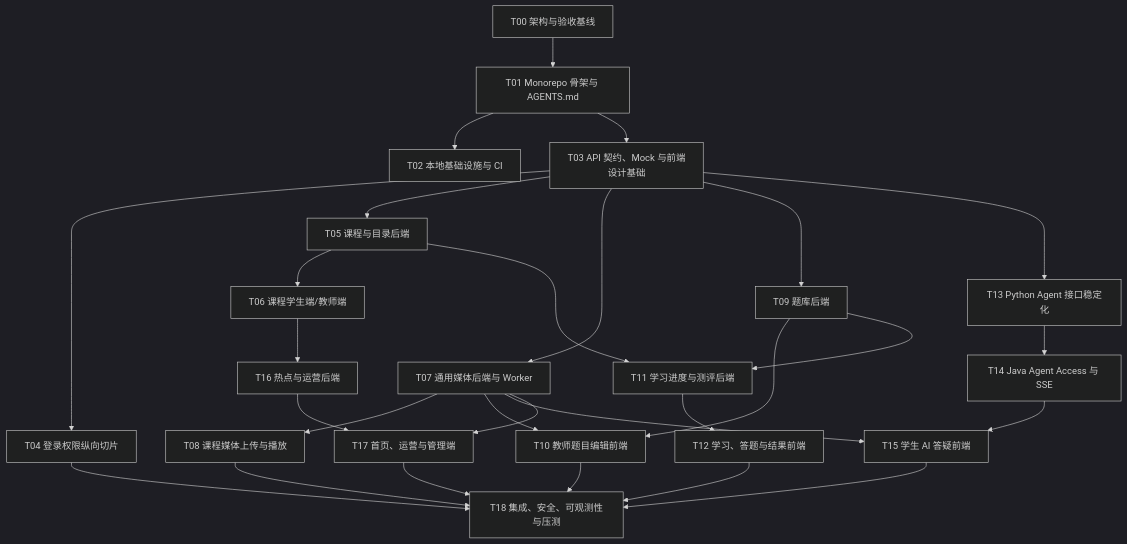
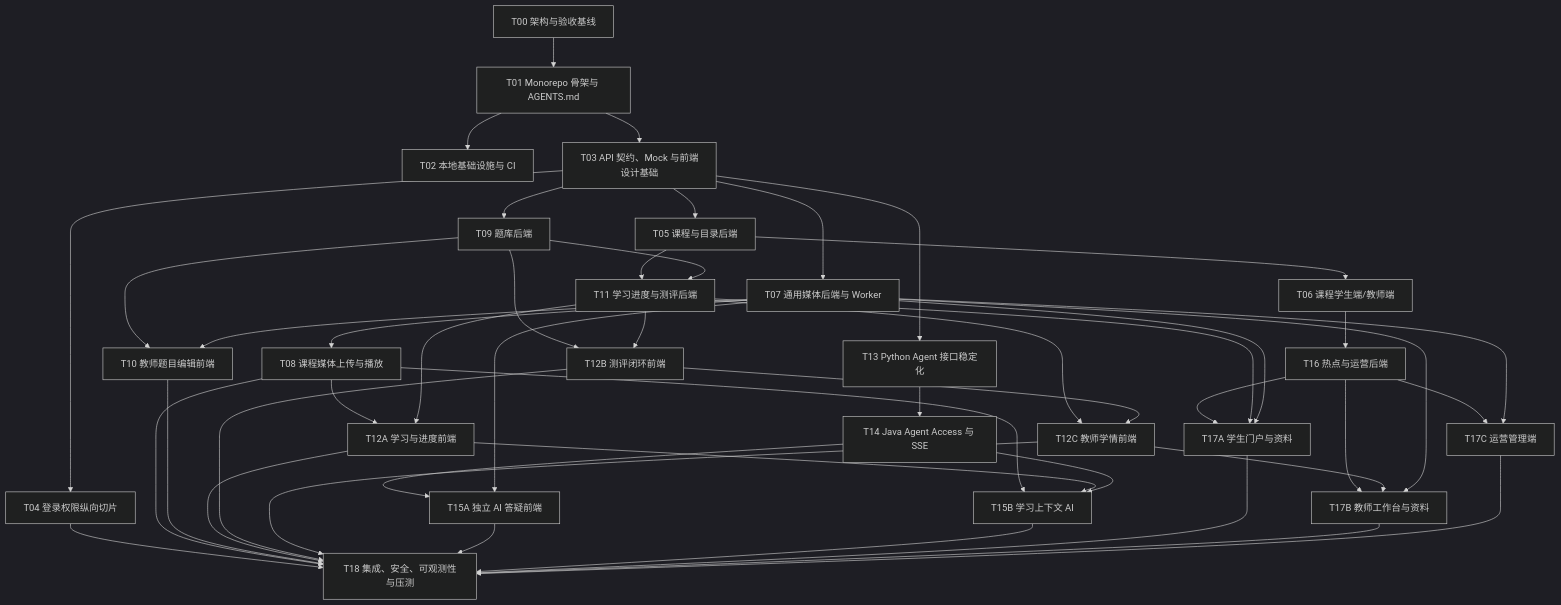
One commit to chengchen-ccnu/ccnu-edulion changed the second of 2 diagrams in Codex大型项目实施与任务拆分指南.md. Above: the diagram before and after it, drawn with Mermaid (dark theme). The commit also changed other lines of this file and 7 other files, not shown here.

Commit message:
docs(platform): freeze page architecture and task boundaries

````diff
--- a/Codex大型项目实施与任务拆分指南.md
+++ b/Codex大型项目实施与任务拆分指南.md
@@ -80,30 +82,49 @@
 ```mermaid
 flowchart TD
     T00["T00 架构与验收基线"] --> T01["T01 Monorepo 骨架与 AGENTS.md"]
     T01 --> T02["T02 本地基础设施与 CI"]
     T01 --> T03["T03 API 契约、Mock 与前端设计基础"]
     T03 --> T04["T04 登录权限纵向切片"]
     T03 --> T05["T05 课程与目录后端"]
     T03 --> T07["T07 通用媒体后端与 Worker"]
     T03 --> T09["T09 题库后端"]
     T03 --> T13["T13 Python Agent 接口稳定化"]
     T05 --> T06["T06 课程学生端/教师端"]
     T07 --> T08["T08 课程媒体上传与播放"]
     T09 --> T10["T10 教师题目编辑前端"]
     T07 --> T10
     T05 --> T11["T11 学习进度与测评后端"]
     T09 --> T11
-    T11 --> T12["T12 学习、答题与结果前端"]
+    T08 --> T12A["T12A 学习与进度前端"]
+    T11 --> T12A
+    T09 --> T12B["T12B 测评闭环前端"]
+    T11 --> T12B
+    T11 --> T12C["T12C 教师学情前端"]
+    T12B --> T12C
     T13 --> T14["T14 Java Agent Access 与 SSE"]
-    T14 --> T15["T15 学生 AI 答疑前端"]
-    T07 --> T15
+    T14 --> T15A["T15A 独立 AI 答疑前端"]
+    T07 --> T15A
+    T08 --> T15B["T15B 学习上下文 AI"]
+    T12A --> T15B
+    T14 --> T15B
     T06 --> T16["T16 热点与运营后端"]
-    T16 --> T17["T17 首页、运营与管理端"]
-    T07 --> T17
+    T16 --> T17A["T17A 学生门户与资料"]
+    T11 --> T17A
+    T16 --> T17B["T17B 教师工作台与资料"]
+    T12C --> T17B
+    T16 --> T17C["T17C 运营管理端"]
+    T07 --> T17A
+    T07 --> T17B
+    T07 --> T17C
     T04 --> T18["T18 集成、安全、可观测性与压测"]
     T08 --> T18
     T10 --> T18
-    T12 --> T18
-    T15 --> T18
-    T17 --> T18
+    T12A --> T18
+    T12B --> T18
+    T12C --> T18
+    T15A --> T18
+    T15B --> T18
+    T17A --> T18
+    T17B --> T18
+    T17C --> T18
 ```
````
